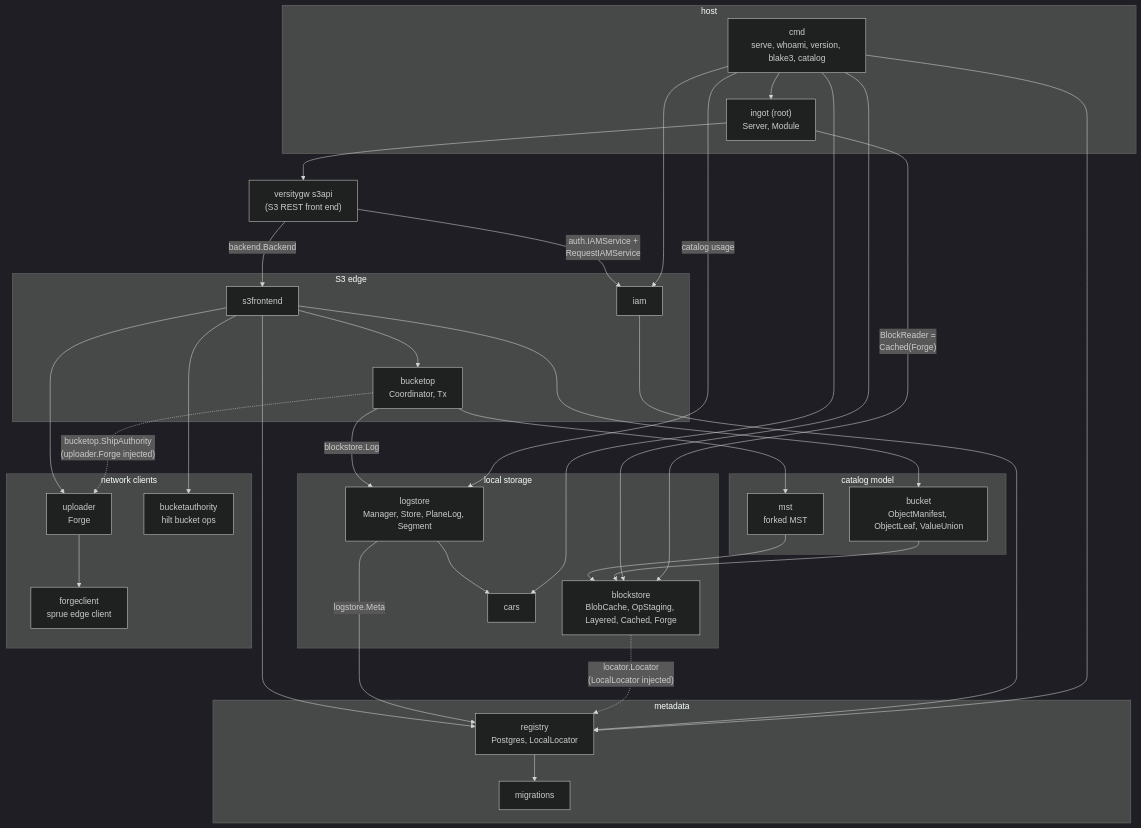
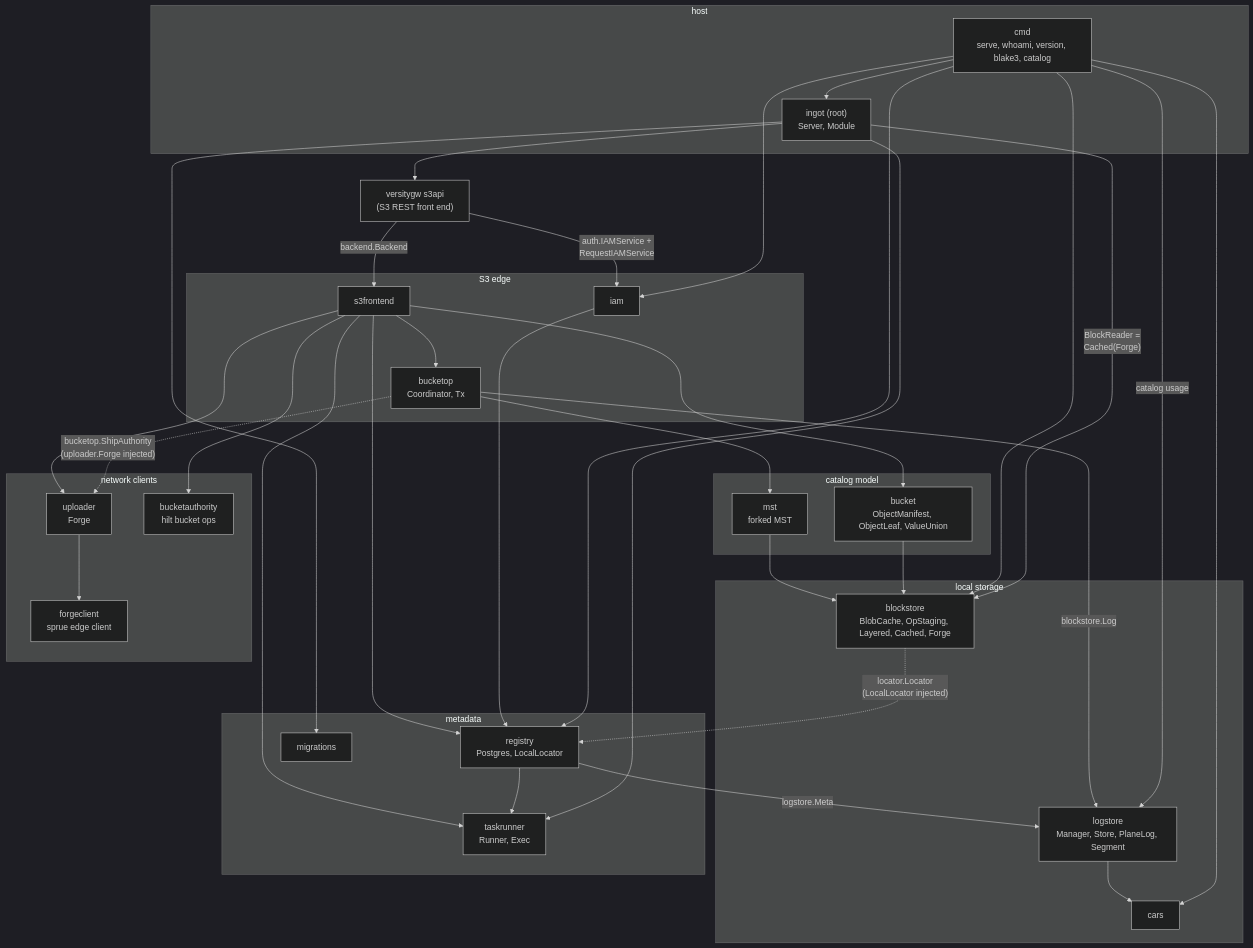
The second of 15 diagrams in docs/diagrams.md (fil-forge/ingot), drawn with Mermaid (dark theme) before and after one commit. The commit also changed other lines of this file and 14 other files, not shown here.

````diff
--- a/docs/diagrams.md
+++ b/docs/diagrams.md
@@ -93,64 +93,68 @@
 ```mermaid
 flowchart TB
     vgw["versitygw s3api<br/>(S3 REST front end)"]
 
     subgraph edge["S3 edge"]
         s3f["s3frontend"]
         iam["iam"]
         bop["bucketop<br/>Coordinator, Tx"]
     end
 
     subgraph model["catalog model"]
         bkt["bucket<br/>ObjectManifest, ObjectLeaf, ValueUnion"]
         mst["mst<br/>forked MST"]
     end
 
     subgraph store["local storage"]
         bs["blockstore<br/>BlobCache, OpStaging, Layered, Cached, Forge"]
         ls["logstore<br/>Manager, Store, PlaneLog, Segment"]
         cars["cars"]
     end
 
     subgraph meta["metadata"]
         reg["registry<br/>Postgres, LocalLocator"]
+        tr["taskrunner<br/>Runner, Exec"]
         mig["migrations"]
     end
 
     subgraph net["network clients"]
         up["uploader<br/>Forge"]
         fc["forgeclient<br/>sprue edge client"]
         ba["bucketauthority<br/>hilt bucket ops"]
     end
 
     subgraph host["host"]
         root["ingot (root)<br/>Server, Module"]
         cmd["cmd<br/>serve, whoami, version, blake3, catalog"]
     end
 
     vgw -->|"backend.Backend"| s3f
     vgw -->|"auth.IAMService +<br/>RequestIAMService"| iam
     s3f --> bop
     s3f --> bkt
     s3f --> reg
     s3f --> up
     s3f --> ba
+    s3f --> tr
     bop -->|"blockstore.Log"| ls
     bop -.->|"bucketop.ShipAuthority<br/>(uploader.Forge injected)"| up
     bop --> mst
     mst --> bs
     bkt --> bs
     ls --> cars
-    ls -->|"logstore.Meta"| reg
+    reg -->|"logstore.Meta"| ls
     bs -.->|"locator.Locator<br/>(LocalLocator injected)"| reg
     up --> fc
     iam --> reg
-    reg --> mig
+    reg --> tr
     cmd --> root
     cmd -->|"catalog usage"| ls
     cmd --> reg
     cmd --> iam
     cmd --> bs
     cmd --> cars
     root --> vgw
+    root --> tr
+    root --> mig
     root -->|"BlockReader =<br/>Cached(Forge)"| bs
 ```
````
